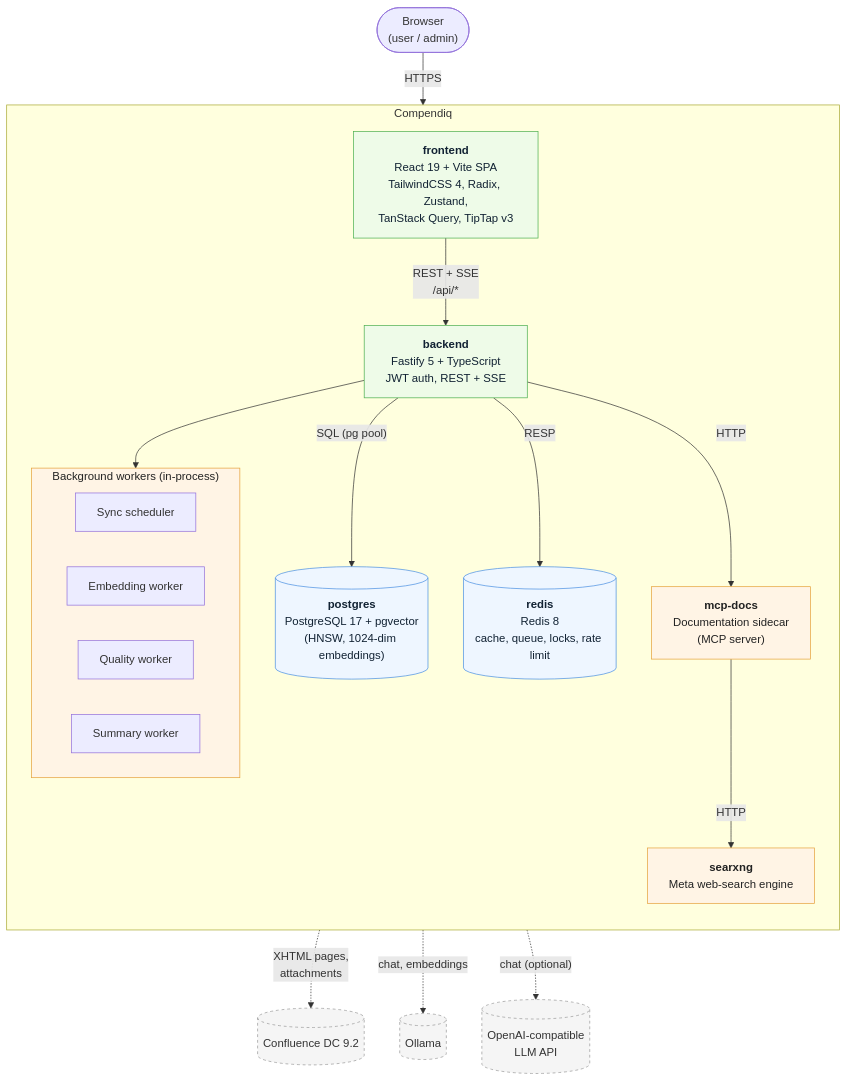
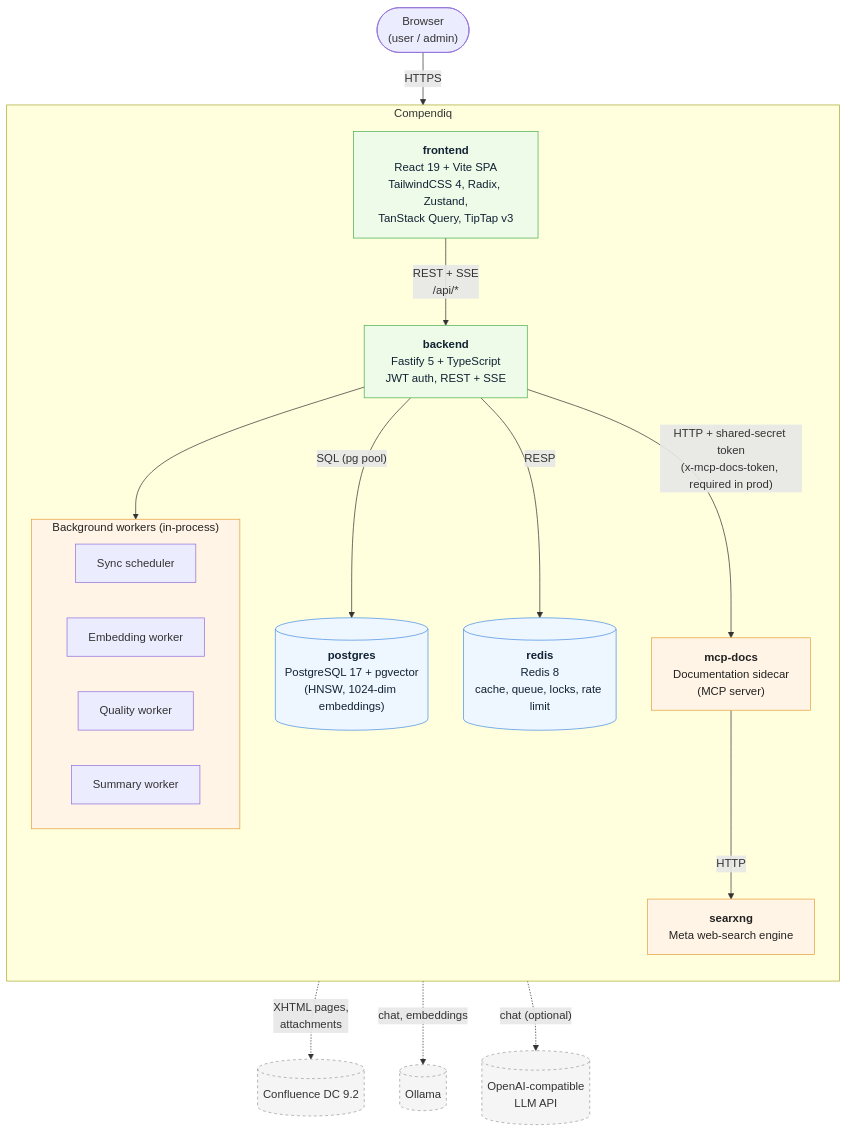
One commit to Compendiq/compendiq-ce changed the diagram in docs/architecture/02-container.md. Above: the diagram before and after it, drawn with Mermaid. The commit also changed other lines of this file and 10 other files, not shown here.

````diff
--- a/docs/architecture/02-container.md
+++ b/docs/architecture/02-container.md
@@ -8,49 +8,49 @@
 ```mermaid
 flowchart TB
     user(["Browser<br/>(user / admin)"])
     confluence[("Confluence DC 9.2")]
     ollama[("Ollama")]
     openai[("OpenAI-compatible<br/>LLM API")]
 
     subgraph compendiq["Compendiq"]
         direction TB
         fe["<b>frontend</b><br/>React 19 + Vite SPA<br/>TailwindCSS 4, Radix, Zustand,<br/>TanStack Query, TipTap v3"]
         be["<b>backend</b><br/>Fastify 5 + TypeScript<br/>JWT auth, REST + SSE"]
 
         subgraph workers["Background workers (in-process)"]
             direction LR
             wsync["Sync scheduler"]
             wemb["Embedding worker"]
             wqual["Quality worker"]
             wsum["Summary worker"]
         end
 
         pg[("<b>postgres</b><br/>PostgreSQL 17 + pgvector<br/>(HNSW, 1024-dim embeddings)")]
         redis[("<b>redis</b><br/>Redis 8<br/>cache, queue, locks, rate limit")]
 
         mcp["<b>mcp-docs</b><br/>Documentation sidecar<br/>(MCP server)"]
         searx["<b>searxng</b><br/>Meta web-search engine"]
     end
 
     user -- "HTTPS" --> fe
     fe  -- "REST + SSE<br/>/api/*" --> be
 
     be --> workers
     be -- "SQL (pg pool)" --> pg
     be -- "RESP" --> redis
-    be -- "HTTP" --> mcp
+    be -- "HTTP + shared-secret token<br/>(x-mcp-docs-token, required in prod)" --> mcp
     mcp -- "HTTP" --> searx
 
     be -. "XHTML pages,<br/>attachments" .-> confluence
     be -. "chat, embeddings" .-> ollama
     be -. "chat (optional)" .-> openai
 
     classDef ext fill:#f5f5f5,stroke:#999,stroke-dasharray: 4 4,color:#333
     classDef data fill:#eef6ff,stroke:#4a90e2,color:#123
     classDef app fill:#eefbe8,stroke:#4caf50,color:#123
     classDef side fill:#fff4e5,stroke:#e5a23c,color:#222
     class confluence,ollama,openai ext
     class pg,redis data
     class fe,be app
     class mcp,searx,workers side
 ```
````
